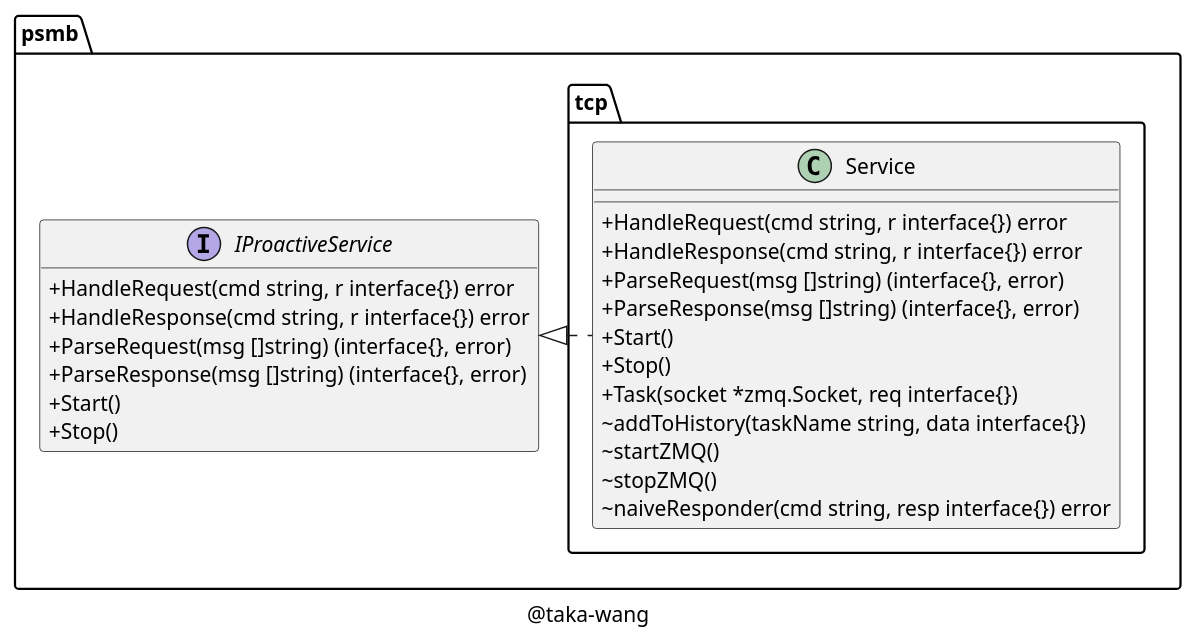
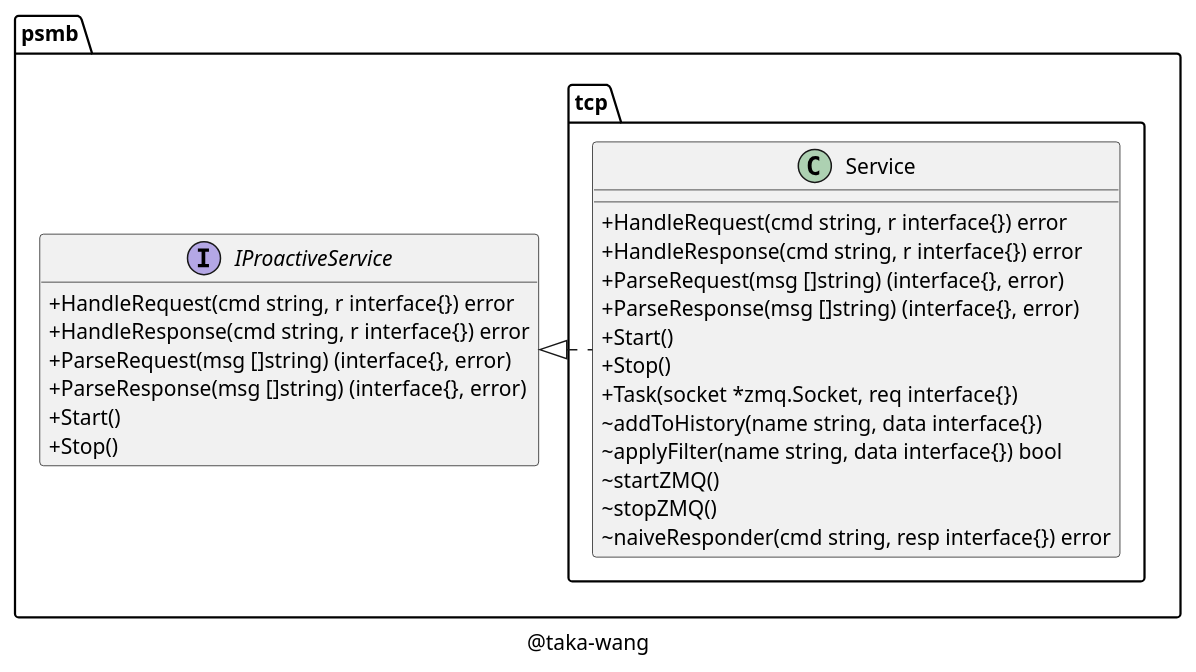
The diagram in class/mbtcp.puml (taka-wang/puml), drawn with PlantUML before and after one commit. The commit also changed 1 other file, not shown here.

Commit message:
update uml

```diff
--- a/class/mbtcp.puml
+++ b/class/mbtcp.puml
@@ -1,36 +1,37 @@
 @startuml
 
 set namespaceSeparator /
 
 skinparam classAttributeIconSize 0
 
 class psmb/tcp/Service {
     +HandleRequest(cmd string, r interface{}) error
     +HandleResponse(cmd string, r interface{}) error
     +ParseRequest(msg []string) (interface{}, error)
     +ParseResponse(msg []string) (interface{}, error)
     +Start()
     +Stop()
     +Task(socket *zmq.Socket, req interface{})
-    ~addToHistory(taskName string, data interface{})
+    ~addToHistory(name string, data interface{})
+    ~applyFilter(name string, data interface{}) bool
     ~startZMQ()
     ~stopZMQ()
     ~naiveResponder(cmd string, resp interface{}) error
 }
 
 interface psmb/IProactiveService {
     +HandleRequest(cmd string, r interface{}) error
     +HandleResponse(cmd string, r interface{}) error
     +ParseRequest(msg []string) (interface{}, error)
     +ParseResponse(msg []string) (interface{}, error)
     +Start()
     +Stop()
 }
 
 "psmb/IProactiveService" <|. "psmb/tcp/Service"
 
 caption @taka-wang
 
 hide interface fields
 
 @enduml
```
